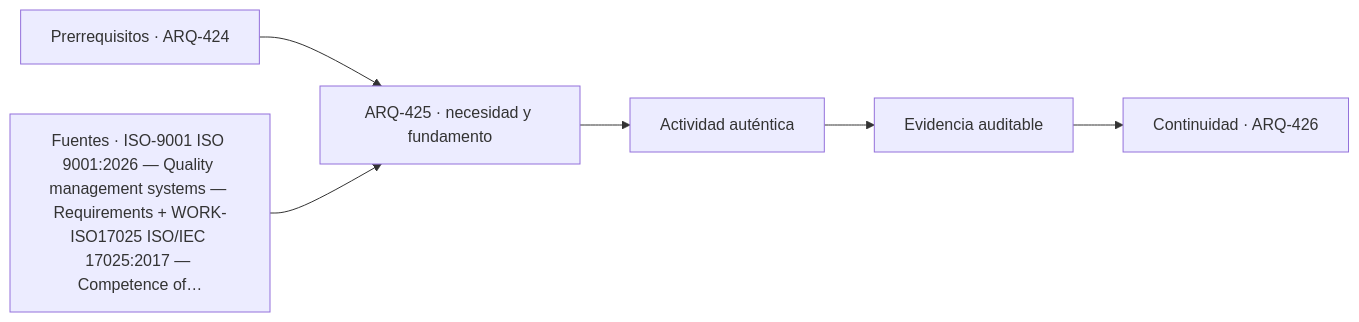
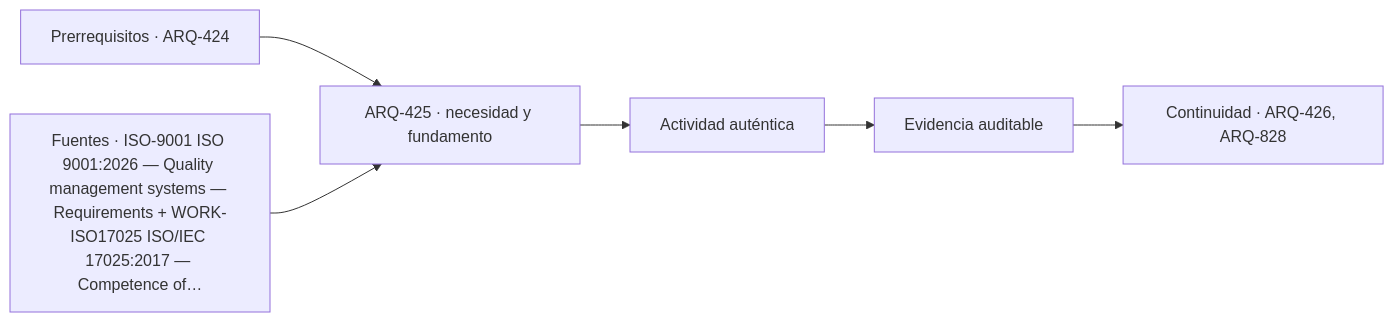
The diagram in classes/parte-43/ARQ-425.md (vladimiracunadev-create/architecture-built-environment-learning-program), drawn with Mermaid before and after one commit. The commit also changed other lines of this file and 234 other files, not shown here.

````diff
--- a/classes/parte-43/ARQ-425.md
+++ b/classes/parte-43/ARQ-425.md
@@ -87,8 +87,8 @@
 ```mermaid
 flowchart LR
     A["Prerrequisitos · ARQ-424"] --> B["ARQ-425 · necesidad y fundamento"]
     S["Fuentes · ISO-9001 ISO 9001:2026 — Quality management systems — Requirements + WORK-ISO17025 ISO/IEC 17025:2017 — Competence of…"] --> B
     B --> C["Actividad auténtica"]
     C --> D["Evidencia auditable"]
-    D --> E["Continuidad · ARQ-426"]
+    D --> E["Continuidad · ARQ-426, ARQ-828"]
 ```
````
